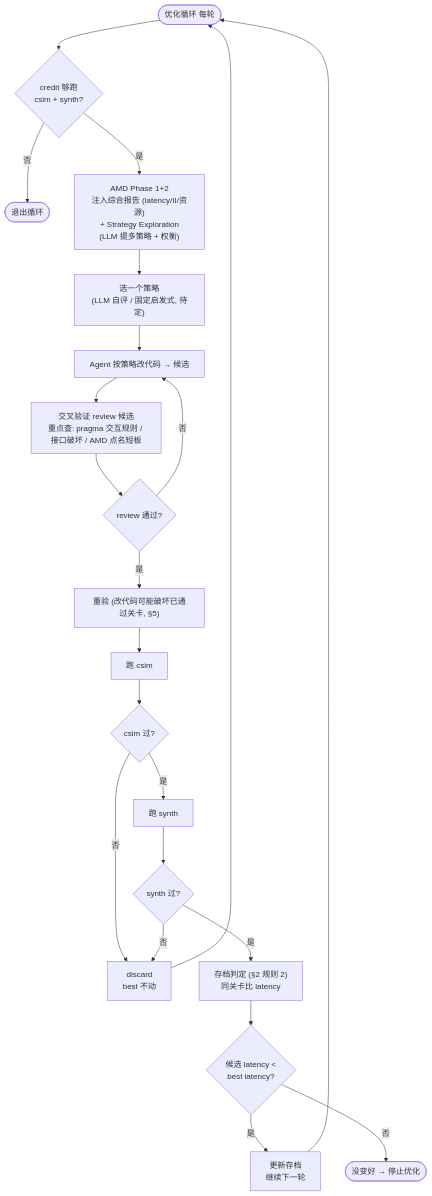
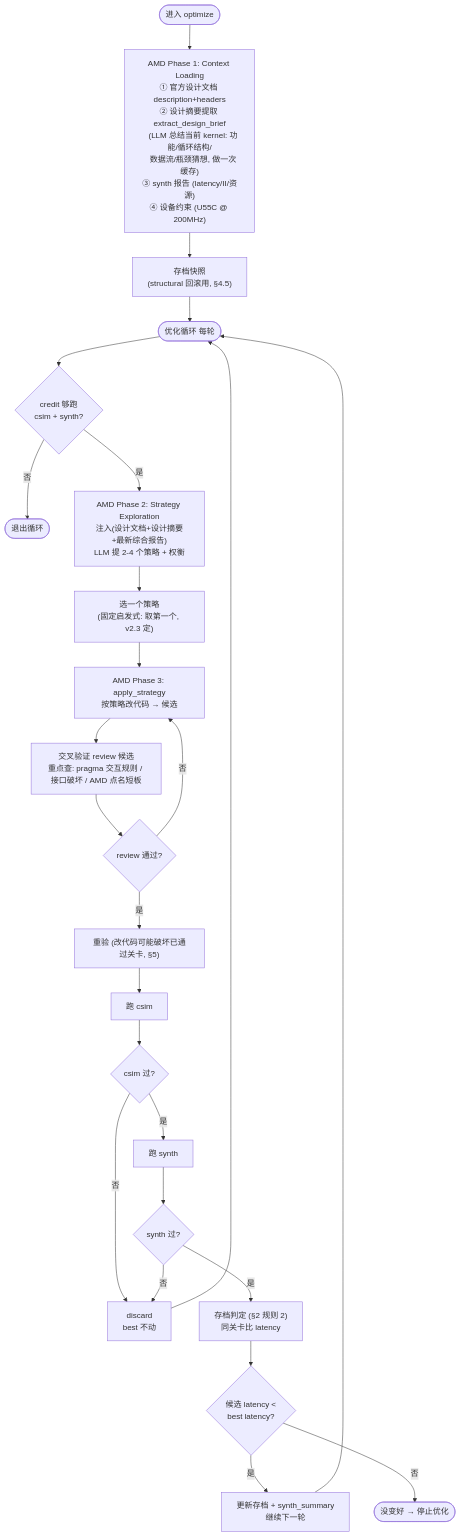
One commit to QFcattail/llm4hls changed the fourth of 5 diagrams in docs-development/design/agent-architecture.md. Above: the diagram before and after it, drawn with Mermaid. The commit also changed other lines of this file, not shown here.

Commit message:
docs(design): architecture v2.3 - synth fix loop + optimize loop + design-doc extraction spec

````diff
--- a/docs-development/design/agent-architecture.md
+++ b/docs-development/design/agent-architecture.md
@@ -297,27 +304,31 @@
 ```mermaid
 flowchart TD
+    Entry([进入 optimize]) --> Ctx["AMD Phase 1: Context Loading<br/>① 官方设计文档 description+headers<br/>② 设计摘要提取 extract_design_brief<br/>   (LLM 总结当前 kernel: 功能/循环结构/<br/>   数据流/瓶颈猜想, 做一次缓存)<br/>③ synth 报告 (latency/II/资源)<br/>④ 设备约束 (U55C @ 200MHz)"]
+    Ctx --> Snap["存档快照<br/>(structural 回滚用, §4.5)"]
+    Snap --> Lp
+
     Lp([优化循环 每轮]) --> Q1{credit 够跑<br/>csim + synth?}
     Q1 -- 否 --> Exit([退出循环])
 
-    Q1 -- 是 --> AMD["AMD Phase 1+2<br/>注入综合报告 (latency/II/资源)<br/>+ Strategy Exploration<br/>(LLM 提多策略 + 权衡)"]
-    AMD --> Sel["选一个策略<br/>(LLM 自评 / 固定启发式, 待定)"]
-    Sel --> Gen["Agent 按策略改代码 → 候选"]
+    Q1 -- 是 --> AMD["AMD Phase 2: Strategy Exploration<br/>注入(设计文档+设计摘要+最新综合报告)<br/>LLM 提 2-4 个策略 + 权衡"]
+    AMD --> Sel["选一个策略<br/>(固定启发式: 取第一个, v2.3 定)"]
+    Sel --> Gen["AMD Phase 3: apply_strategy<br/>按策略改代码 → 候选"]
     Gen --> Review["交叉验证 review 候选<br/>重点查: pragma 交互规则 / 接口破坏 / AMD 点名短板"]
     Review --> Q2{review 通过?}
     Q2 -- 否 --> Gen
 
     Q2 -- 是 --> Recheck["重验 (改代码可能破坏已通过关卡, §5)"]
     Recheck --> RCsim["跑 csim"]
     RCsim --> QC{csim 过?}
     QC -- 否 --> Discard["discard<br/>best 不动"]
     Discard --> Lp
     QC -- 是 --> RSynth["跑 synth"]
     RSynth --> QS{synth 过?}
     QS -- 否 --> Discard
 
     QS -- 是 --> Cmp["存档判定 (§2 规则 2)<br/>同关卡比 latency"]
     Cmp --> QL{候选 latency <<br/>best latency?}
-    QL -- 是 --> Update["更新存档<br/>继续下一轮"]
+    QL -- 是 --> Update["更新存档 + synth_summary<br/>继续下一轮"]
     Update --> Lp
     QL -- 否 --> Stop(["没变好 → 停止优化"])
 ```
````
